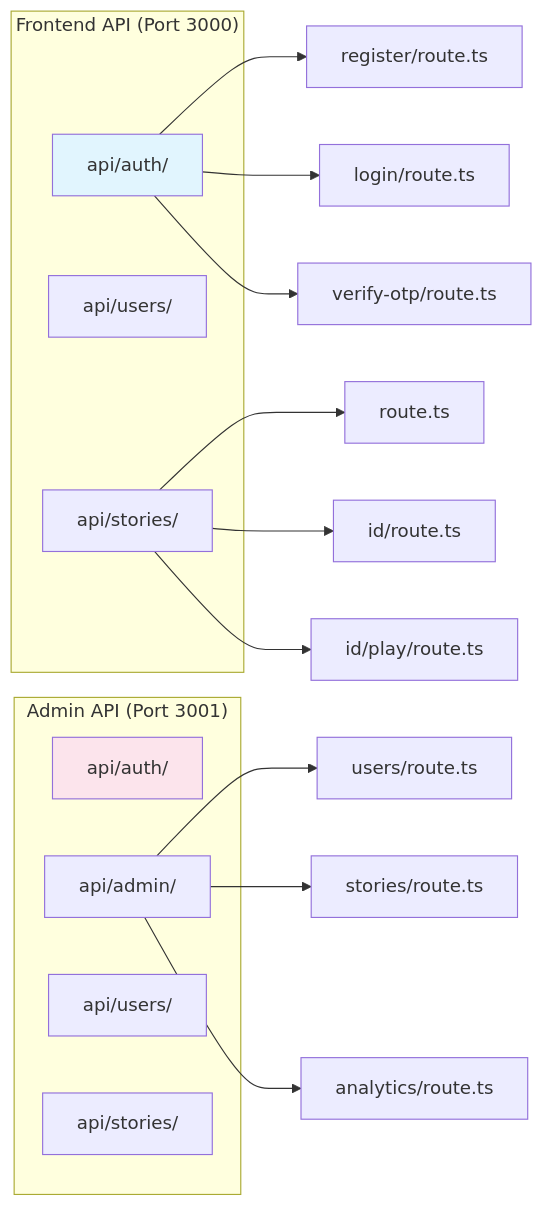
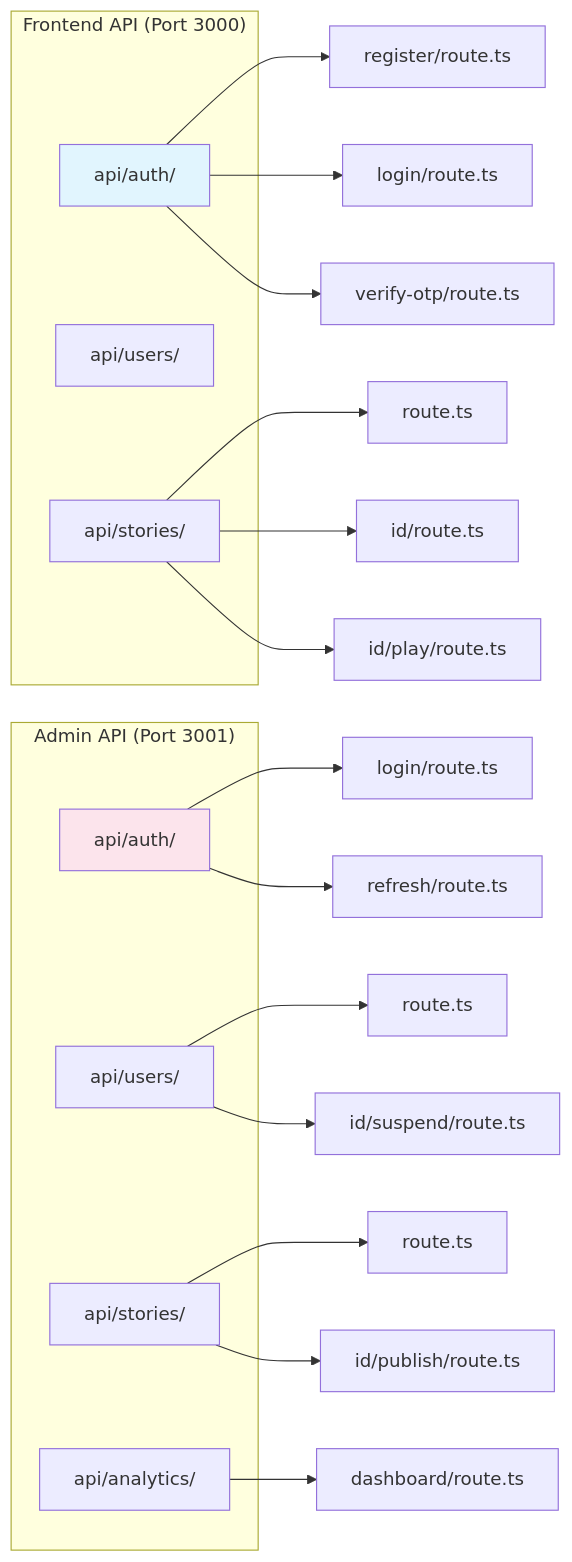
The eighth of 12 diagrams in FOLDER_STRUCTURE.md (90n9/talepick), drawn with Mermaid before and after one commit. The commit also changed other lines of this file and 20 other files, not shown here.

````diff
--- a/FOLDER_STRUCTURE.md
+++ b/FOLDER_STRUCTURE.md
@@ -208,30 +210,37 @@
 ```mermaid
 graph LR
     subgraph "Frontend API (Port 3000)"
         A1[api/auth/]
         A2[api/users/]
         A3[api/stories/]
     end
 
-    subgraph "Admin API (Port 3001)"
-        B1[api/auth/]
-        B2[api/admin/]
-        B3[api/users/]
-        B4[api/stories/]
-    end
+	    subgraph "Admin API (Port 3001)"
+	        B1[api/auth/]
+	        B2[api/users/]
+	        B3[api/stories/]
+	        B4[api/analytics/]
+	    end
 
     A1 --> A1a[register/route.ts]
     A1 --> A1b[login/route.ts]
     A1 --> A1c[verify-otp/route.ts]
 
-    A3 --> A3a[route.ts]
-    A3 --> A3b[id/route.ts]
-    A3 --> A3c[id/play/route.ts]
+	    A3 --> A3a[route.ts]
+	    A3 --> A3b[id/route.ts]
+	    A3 --> A3c[id/play/route.ts]
 
-    B2 --> B2a[users/route.ts]
-    B2 --> B2b[stories/route.ts]
-    B2 --> B2c[analytics/route.ts]
+	    B1 --> B1a[login/route.ts]
+	    B1 --> B1b[refresh/route.ts]
 
-    style A1 fill:#e1f5fe
-    style B1 fill:#fce4ec
+	    B2 --> B2a[route.ts]
+	    B2 --> B2b[id/suspend/route.ts]
+
+	    B3 --> B3a[route.ts]
+	    B3 --> B3b[id/publish/route.ts]
+
+	    B4 --> B4a[dashboard/route.ts]
+
+	    style A1 fill:#e1f5fe
+	    style B1 fill:#fce4ec
 ```
````
